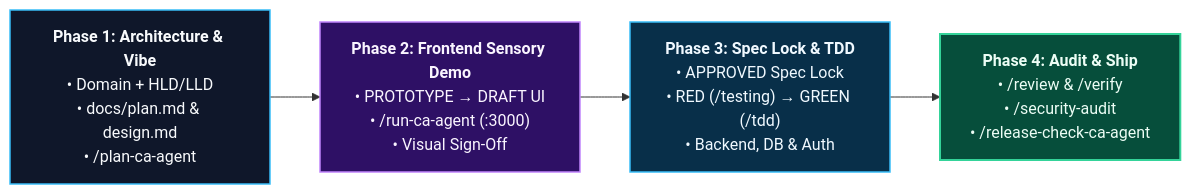
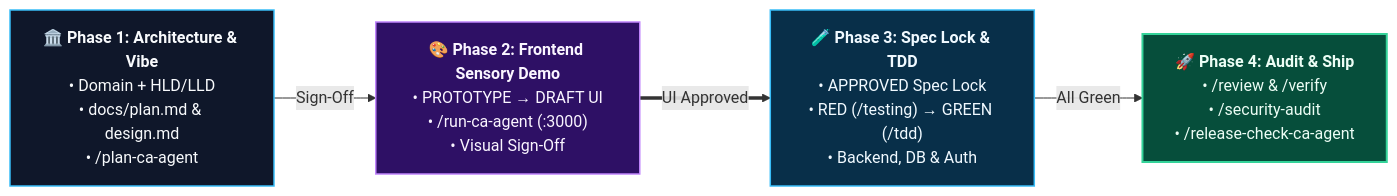
Before and after one commit to ChandanAY-24/Agentic-Development-ChandanAY: the diagram in SDD-Vibe-Production-Guide-Universal.md, drawn with Mermaid. The commit also changed 13 other files, not shown here.

Commit message:
docs: polish Mermaid diagrams across READMEs and guides

````diff
--- a/SDD-Vibe-Production-Guide-Universal.md
+++ b/SDD-Vibe-Production-Guide-Universal.md
@@ -20,11 +20,29 @@
 ```mermaid
+%%{init: {'flowchart': {'curve': 'basis', 'padding': 16, 'nodeSpacing': 32, 'rankSpacing': 44}}}%%
 flowchart LR
     classDef p1 fill:#0f172a,stroke:#38bdf8,stroke-width:1.5px,color:#f8fafc;
     classDef p2 fill:#2e1065,stroke:#c084fc,stroke-width:1.5px,color:#faf5ff;
     classDef p3 fill:#082f49,stroke:#38bdf8,stroke-width:1.5px,color:#f0f9ff;
     classDef p4 fill:#064e3b,stroke:#34d399,stroke-width:2px,color:#ecfdf5;
 
-    P1["<b>Phase 1: Architecture & Vibe</b><br/>• Domain + HLD/LLD<br/>• docs/plan.md & design.md<br/>• /plan-ca-agent"]:::p1 --> P2["<b>Phase 2: Frontend Sensory Demo</b><br/>• PROTOTYPE → DRAFT UI<br/>• /run-ca-agent (:3000)<br/>• Visual Sign-Off"]:::p2
-    P2 --> P3["<b>Phase 3: Spec Lock & TDD</b><br/>• APPROVED Spec Lock<br/>• RED (/testing) → GREEN (/tdd)<br/>• Backend, DB & Auth"]:::p3
-    P3 --> P4["<b>Phase 4: Audit & Ship</b><br/>• /review & /verify<br/>• /security-audit<br/>• /release-check-ca-agent"]:::p4
+    P1["`**🏛️ Phase 1: Architecture & Vibe**
+• Domain + HLD/LLD
+• docs/plan.md & design.md
+• /plan-ca-agent`"]:::p1
+    P2["`**🎨 Phase 2: Frontend Sensory Demo**
+• PROTOTYPE → DRAFT UI
+• /run-ca-agent (:3000)
+• Visual Sign-Off`"]:::p2
+    P3["`**🧪 Phase 3: Spec Lock & TDD**
+• APPROVED Spec Lock
+• RED (/testing) → GREEN (/tdd)
+• Backend, DB & Auth`"]:::p3
+    P4["`**🚀 Phase 4: Audit & Ship**
+• /review & /verify
+• /security-audit
+• /release-check-ca-agent`"]:::p4
+
+    P1 -->|"Sign-Off"| P2
+    P2 ==>|"UI Approved"| P3
+    P3 -->|"All Green"| P4
 ```
````
